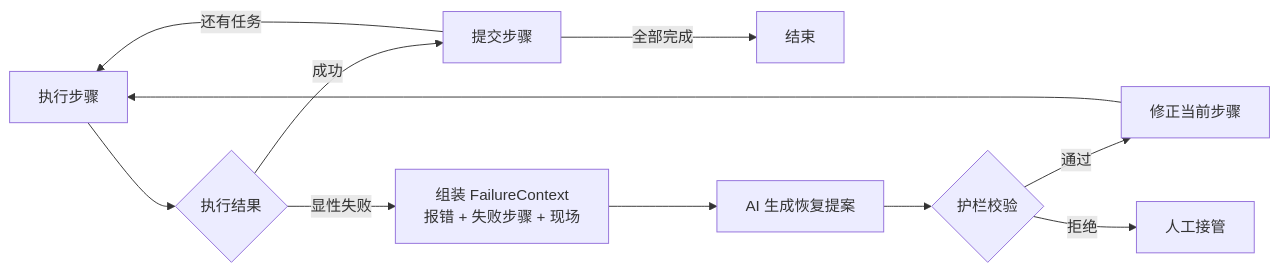
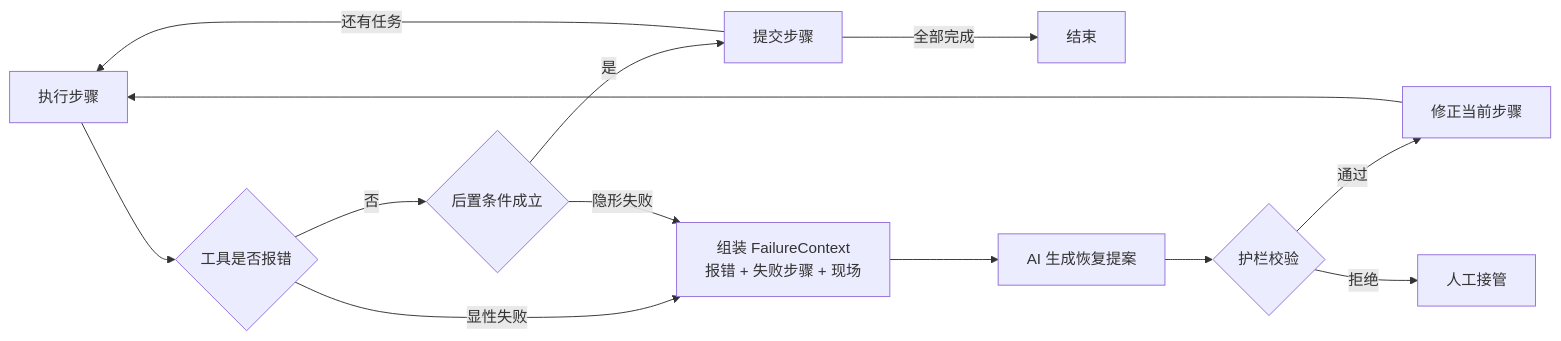
The diagram in agent/08-langgraph-error-recovery/README.md (gocronx/llm), drawn with Mermaid before and after one commit. The commit also changed other lines of this file and 5 other files, not shown here.

````diff
--- a/agent/08-langgraph-error-recovery/README.md
+++ b/agent/08-langgraph-error-recovery/README.md
@@ -11,14 +11,16 @@
 ```mermaid
 flowchart LR
-    A["执行步骤"] --> B{"执行结果"}
-    B -->|成功| C["提交步骤"]
+    A["执行步骤"] --> B{"工具是否报错"}
+    B -->|否| V{"后置条件成立"}
+    V -->|是| C["提交步骤"]
     C -->|还有任务| A
     C -->|全部完成| Z["结束"]
 
     B -->|显性失败| D["组装 FailureContext<br/>报错 + 失败步骤 + 现场"]
+    V -->|隐形失败| D
     D --> E["AI 生成恢复提案"]
     E --> F{"护栏校验"}
     F -->|通过| G["修正当前步骤"]
     G --> A
     F -->|拒绝| H["人工接管"]
 ```
````
